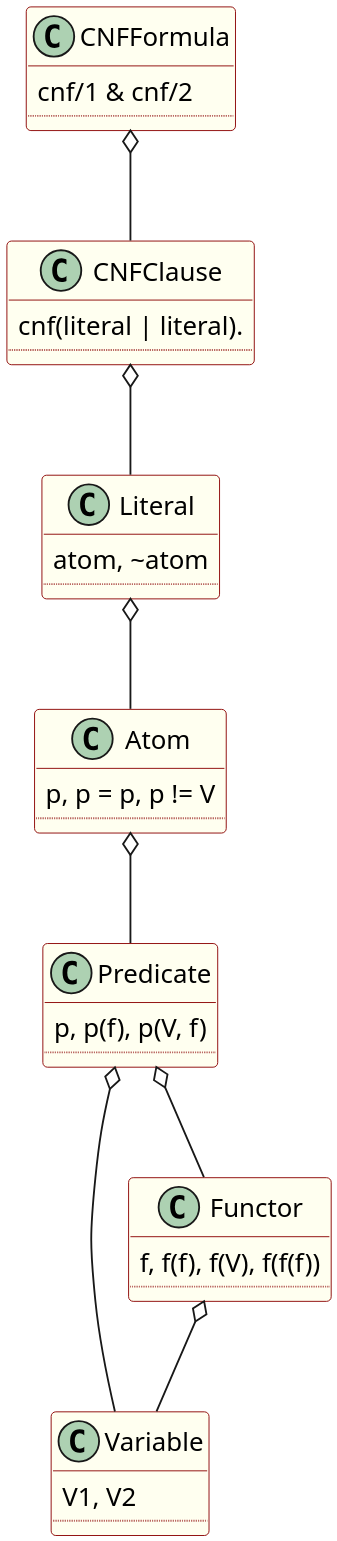
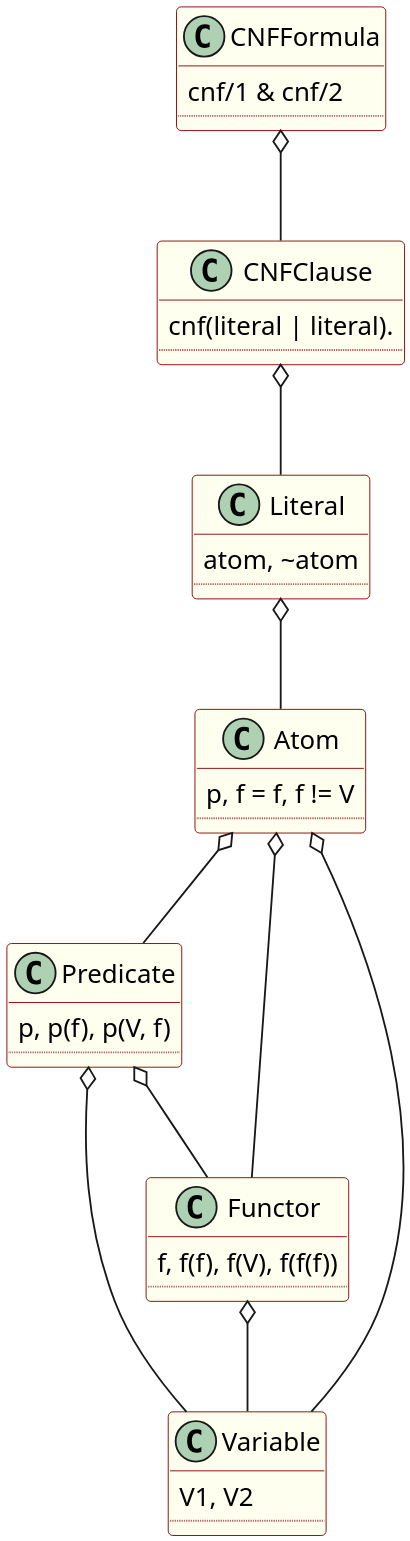
One commit to Mateusz-Grzelinski/set-research-documentation changed the diagram in logic-formula-generator/fol/cnf_fol_example.puml. Above: the diagram before and after it, drawn with PlantUML. The commit also changed 17 other files, not shown here.

```diff
--- a/logic-formula-generator/fol/cnf_fol_example.puml
+++ b/logic-formula-generator/fol/cnf_fol_example.puml
@@ -1,53 +1,55 @@
 @startuml
 skinparam dpi 300
 
 skinparam class {
   backgroundColor Ivory
   borderColor DarkRed
 }
 
 /' AstElement <|-- FolElement '/
 
 CNFFormula o-- CNFClause
 CNFClause o-- Literal
 Literal o-- Atom
 Atom o-- Predicate
+Atom o-- Variable
 Predicate o-- Variable
 Predicate o-- Functor
+Functor --o Atom
 Functor o-- Variable
 
 class CNFFormula {
 	cnf/1 & cnf/2
 	..
 }
 
 class CNFClause {
 	cnf(literal | literal).
 	..
 }
 
 class Literal {
 	atom, ~atom
 	..
 }
 
 class Atom {
-	p, p = p, p != V
+	p, f = f, f != V
 	..
 }
 
 class Predicate {
 	p, p(f), p(V, f)
 	..
 }
 
 class Functor {
 	f, f(f), f(V), f(f(f))
 	..
 }
 
 class Variable {
 	V1, V2
 	..
 }
 @enduml
```
